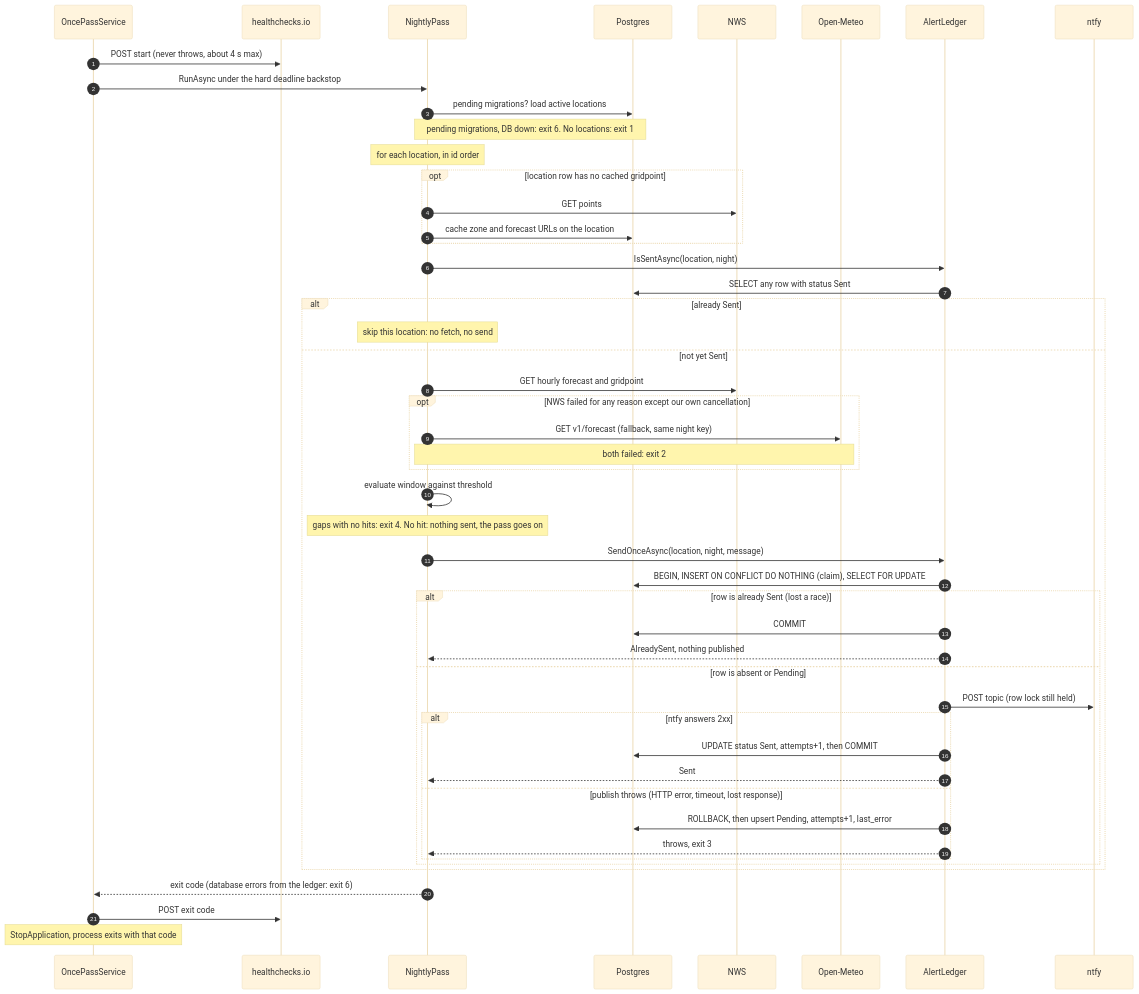
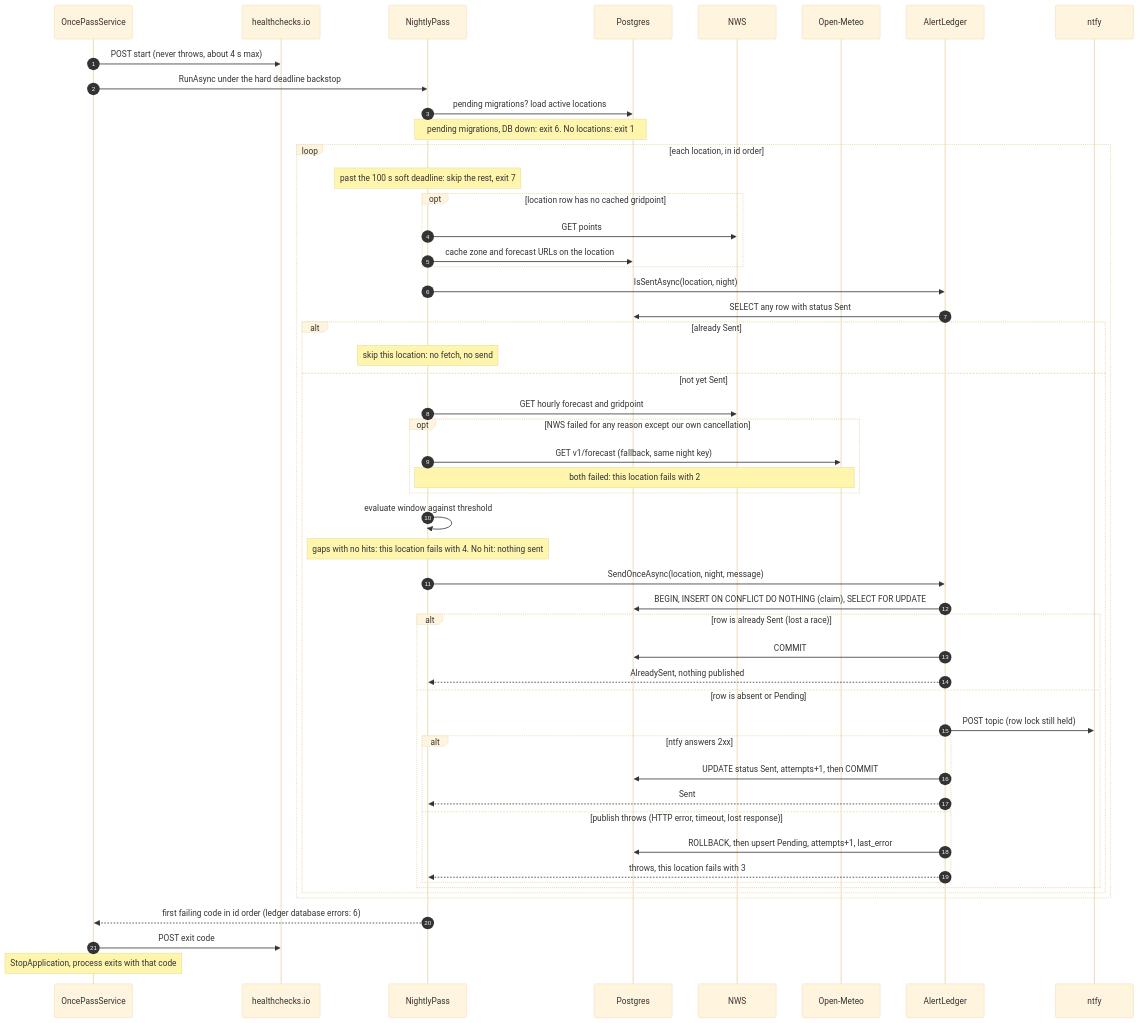
The second of 3 diagrams in README.md (HobbesMD/PrecipitationNotification), drawn with Mermaid (base theme) before and after one commit. The commit also changed other lines of this file and 9 other files, not shown here.

````diff
--- a/README.md
+++ b/README.md
@@ -83,54 +84,56 @@
 ```mermaid
 sequenceDiagram
     autonumber
     participant Job as OncePassService
     participant HC as healthchecks.io
     participant Pass as NightlyPass
     participant DB as Postgres
     participant NWS as NWS
     participant OM as Open-Meteo
     participant L as AlertLedger
     participant N as ntfy
 
     Job->>HC: POST start (never throws, about 4 s max)
     Job->>Pass: RunAsync under the hard deadline backstop
     Pass->>DB: pending migrations? load active locations
     Note over Pass,DB: pending migrations, DB down: exit 6. No locations: exit 1
 
-    Note over Pass: for each location, in id order
+    loop each location, in id order
+    Note over Pass: past the 100 s soft deadline: skip the rest, exit 7
     opt location row has no cached gridpoint
         Pass->>NWS: GET points
         Pass->>DB: cache zone and forecast URLs on the location
     end
     Pass->>L: IsSentAsync(location, night)
     L->>DB: SELECT any row with status Sent
     alt already Sent
         Note over Pass: skip this location: no fetch, no send
     else not yet Sent
         Pass->>NWS: GET hourly forecast and gridpoint
         opt NWS failed for any reason except our own cancellation
             Pass->>OM: GET v1/forecast (fallback, same night key)
-            Note over Pass,OM: both failed: exit 2
+            Note over Pass,OM: both failed: this location fails with 2
         end
         Pass->>Pass: evaluate window against threshold
-        Note over Pass: gaps with no hits: exit 4. No hit: nothing sent, the pass goes on
+        Note over Pass: gaps with no hits: this location fails with 4. No hit: nothing sent
         Pass->>L: SendOnceAsync(location, night, message)
         L->>DB: BEGIN, INSERT ON CONFLICT DO NOTHING (claim), SELECT FOR UPDATE
         alt row is already Sent (lost a race)
             L->>DB: COMMIT
             L-->>Pass: AlreadySent, nothing published
         else row is absent or Pending
             L->>N: POST topic (row lock still held)
             alt ntfy answers 2xx
                 L->>DB: UPDATE status Sent, attempts+1, then COMMIT
                 L-->>Pass: Sent
             else publish throws (HTTP error, timeout, lost response)
                 L->>DB: ROLLBACK, then upsert Pending, attempts+1, last_error
-                L-->>Pass: throws, exit 3
+                L-->>Pass: throws, this location fails with 3
             end
         end
     end
-    Pass-->>Job: exit code (database errors from the ledger: exit 6)
+    end
+    Pass-->>Job: first failing code in id order (ledger database errors: 6)
     Job->>HC: POST exit code
     Note over Job: StopApplication, process exits with that code
 ```
````
